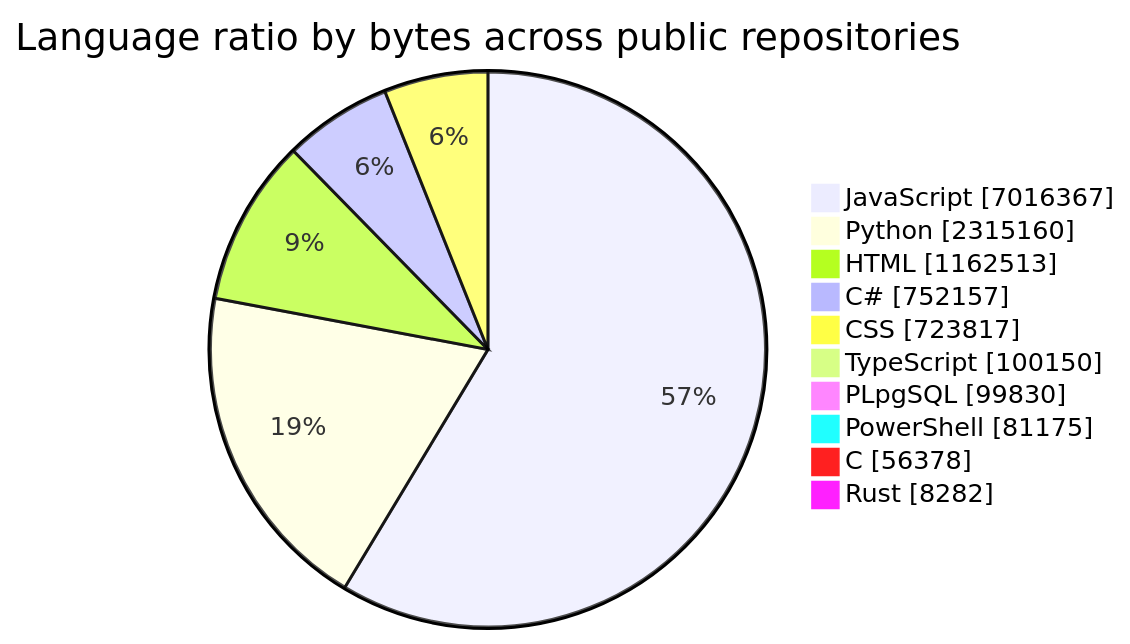
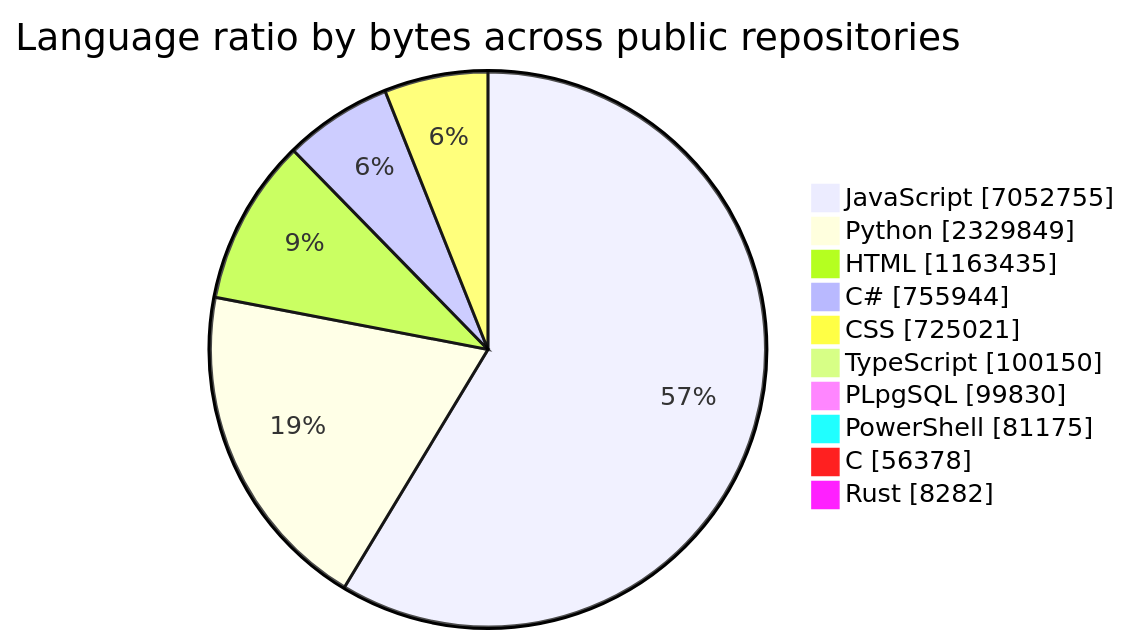
The first of 2 diagrams in README.md (tchinso/tchinso), drawn with Mermaid before and after one commit. The commit also changed other lines of this file, not shown here.

````diff
--- a/README.md
+++ b/README.md
@@ -27,14 +27,14 @@
 ```mermaid
 pie showData
     title Language ratio by bytes across public repositories
-    "JavaScript" : 7016367
-    "Python" : 2315160
-    "HTML" : 1162513
-    "C#" : 752157
-    "CSS" : 723817
+    "JavaScript" : 7052755
+    "Python" : 2329849
+    "HTML" : 1163435
+    "C#" : 755944
+    "CSS" : 725021
     "TypeScript" : 100150
     "PLpgSQL" : 99830
     "PowerShell" : 81175
     "C" : 56378
     "Rust" : 8282
 ```
````
